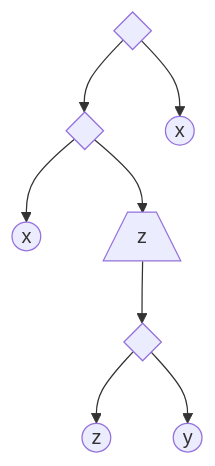
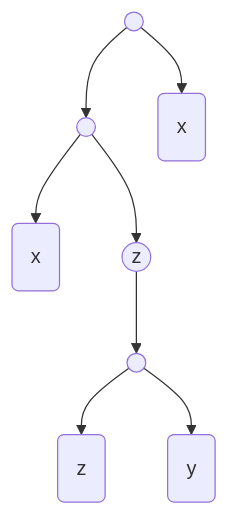
One commit to gzholtkevych/CertifiedProgramming changed the third of 6 diagrams in Lectures/lecture-2.md. Above: the diagram before and after it, drawn with Mermaid.

````diff
--- a/Lectures/lecture-2.md
+++ b/Lectures/lecture-2.md
@@ -84,10 +84,10 @@
 ```mermaid
 graph TD
-    A{ } --> B{ }
-    A --> C((x))
-    B --> D((x))
-    B --> E[/z\]
-    E --> F{ }
-    F --> G((z))
-    F --> H((y))
+    A(( )) --> B(( ))
+    A --> C(x)
+    B --> D(x)
+    B --> E((z))
+    E --> F(( ))
+    F --> G(z)
+    F --> H(y)
 ```
````
